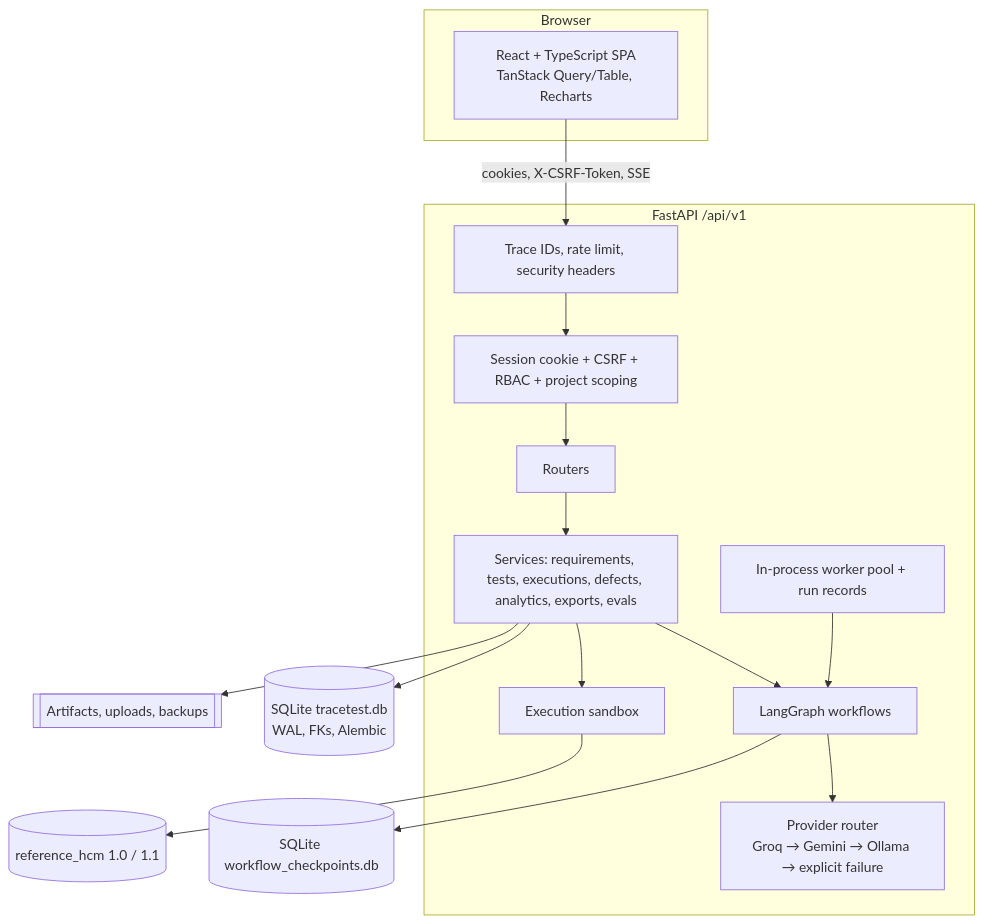
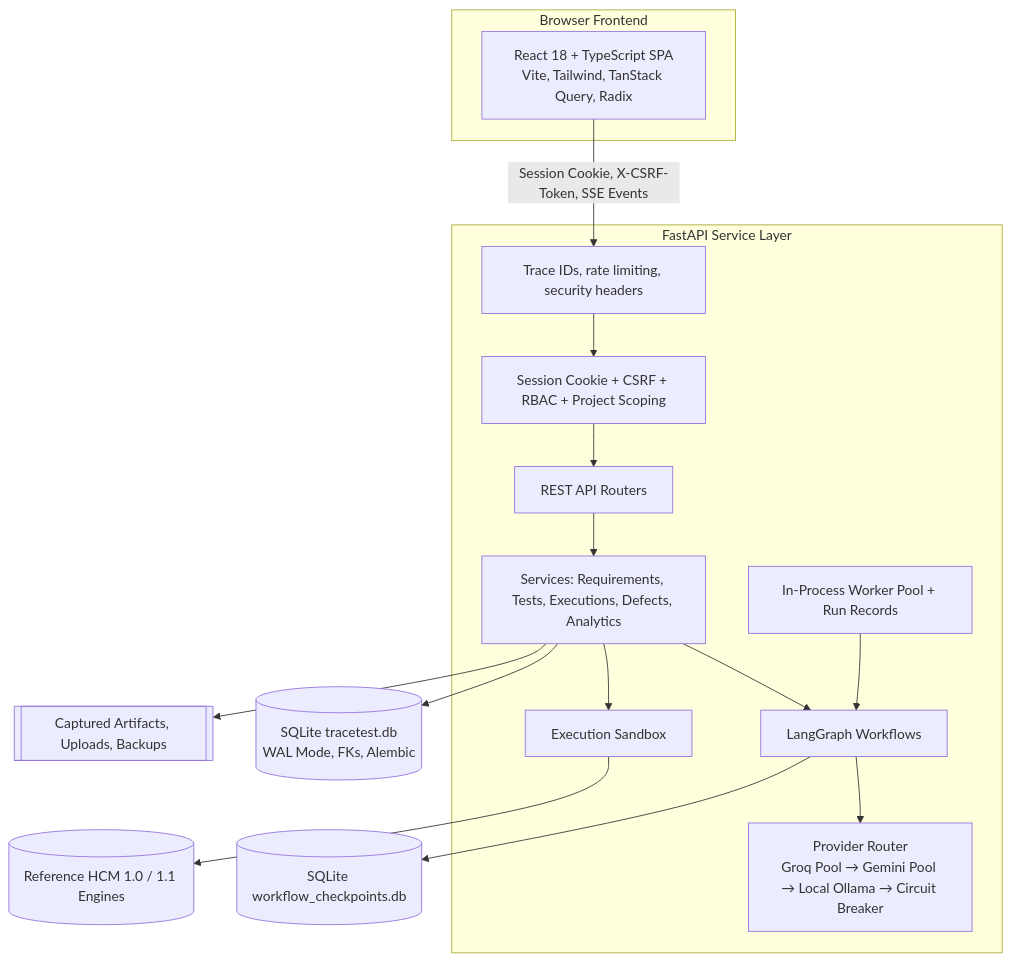
One commit to Adityarajj23/TEAM3 changed the second of 2 diagrams in README.md. Above: the diagram before and after it, drawn with Mermaid. The commit also changed other lines of this file and 3 other files, not shown here.

````diff
--- a/README.md
+++ b/README.md
@@ -68,20 +76,20 @@
 ```mermaid
 flowchart TB
-  subgraph Browser
-    UI[React + TypeScript SPA<br/>TanStack Query/Table, Recharts]
+  subgraph Browser [Browser Frontend]
+    UI[React 18 + TypeScript SPA<br/>Vite, Tailwind, TanStack Query, Radix]
   end
-  subgraph API[FastAPI /api/v1]
-    MW[Trace IDs, rate limit, security headers] --> AUTH[Session cookie + CSRF + RBAC + project scoping]
-    AUTH --> R[Routers]
-    R --> SVC[Services: requirements, tests, executions, defects, analytics, exports, evals]
-    SVC --> G[LangGraph workflows]
-    G --> LLM[Provider router<br/>Groq → Gemini → Ollama → explicit failure]
-    SVC --> SB[Execution sandbox]
-    BG[In-process worker pool + run records] --> G
+  subgraph API [FastAPI Service Layer]
+    MW[Trace IDs, rate limiting, security headers] --> AUTH[Session Cookie + CSRF + RBAC + Project Scoping]
+    AUTH --> R[REST API Routers]
+    R --> SVC[Services: Requirements, Tests, Executions, Defects, Analytics]
+    SVC --> G[LangGraph Workflows]
+    G --> LLM[Provider Router<br/>Groq Pool → Gemini Pool → Local Ollama → Circuit Breaker]
+    SVC --> SB[Execution Sandbox]
+    BG[In-Process Worker Pool + Run Records] --> G
   end
-  SB --> HCM[(reference_hcm 1.0 / 1.1)]
-  SVC --> DB[(SQLite tracetest.db<br/>WAL, FKs, Alembic)]
+  SB --> HCM[(Reference HCM 1.0 / 1.1 Engines)]
+  SVC --> DB[(SQLite tracetest.db<br/>WAL Mode, FKs, Alembic)]
   G --> CK[(SQLite workflow_checkpoints.db)]
-  SVC --> FS[[Artifacts, uploads, backups]]
-  UI -- cookies, X-CSRF-Token, SSE --> MW
+  SVC --> FS[[Captured Artifacts, Uploads, Backups]]
+  UI -- Session Cookie, X-CSRF-Token, SSE Events --> MW
 ```
````
